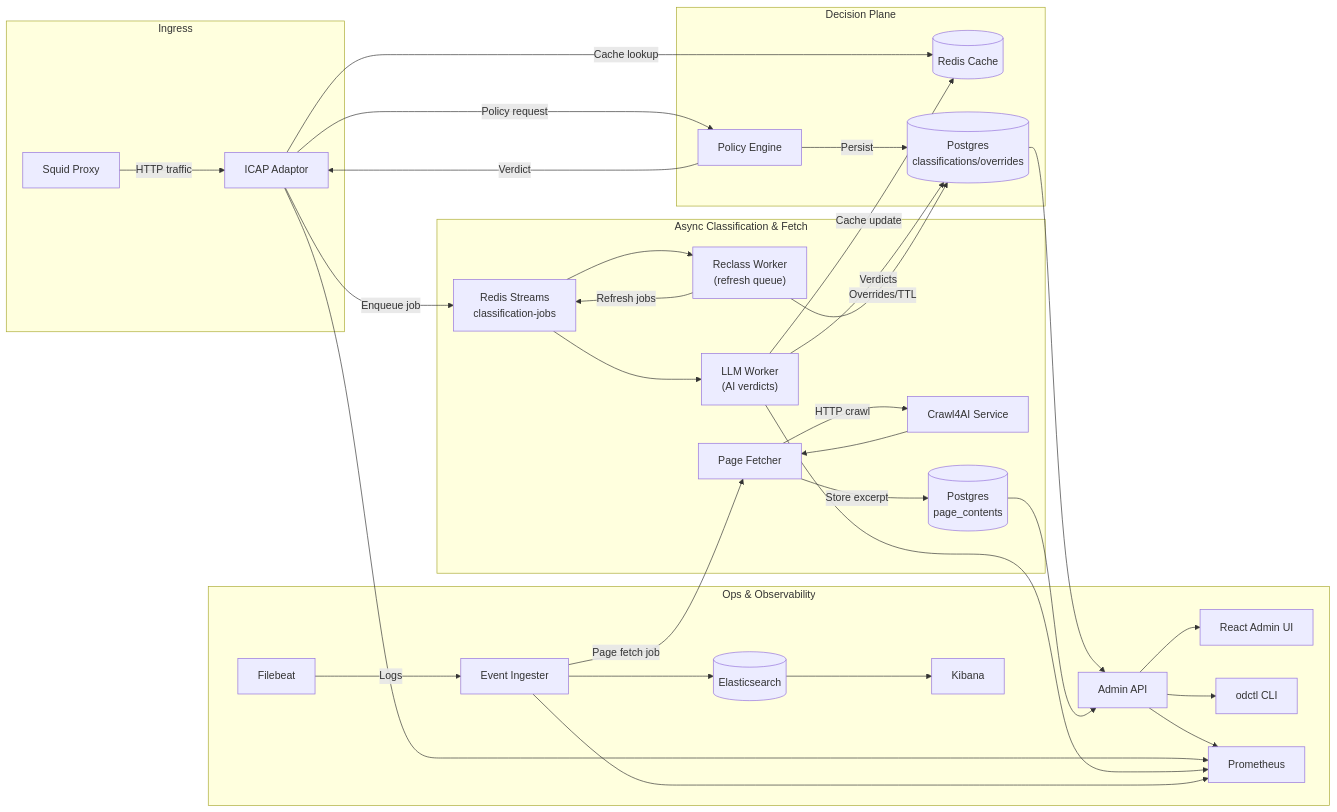
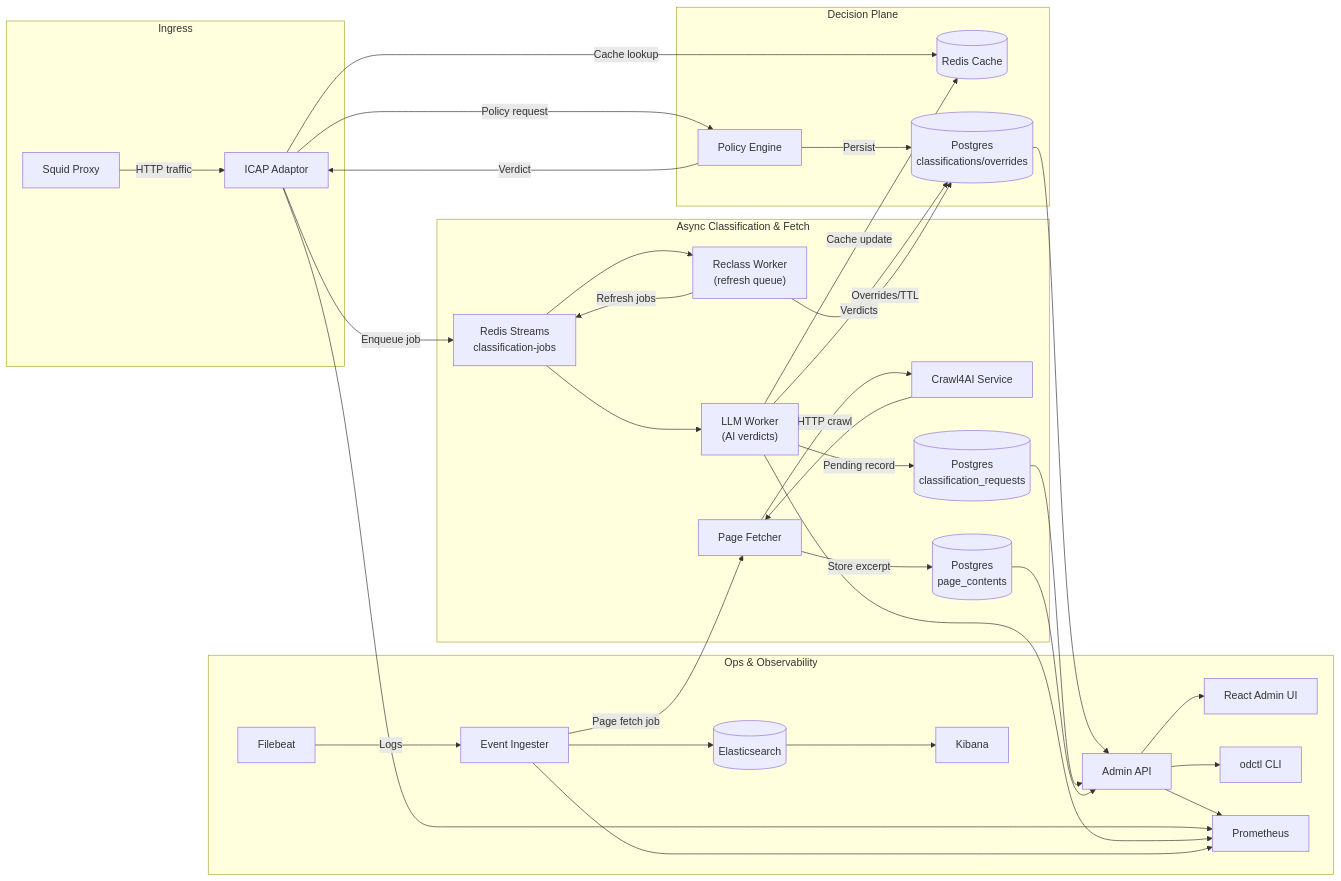
One commit to trex-fze/open-defender-icap changed the diagram in README.md. Above: the diagram before and after it, drawn with Mermaid. The commit also changed other lines of this file and 20 other files, not shown here.

````diff
--- a/README.md
+++ b/README.md
@@ -7,57 +7,60 @@
 ```mermaid
 flowchart LR
     subgraph Ingress
         SQ[Squid Proxy]
         ICAP[ICAP Adaptor]
     end
 
     subgraph Decision Plane
         PE[Policy Engine]
         Cache[(Redis Cache)]
         CLASS[(Postgres<br/>classifications/overrides)]
     end
 
     subgraph Async Classification & Fetch
         STREAM[Redis Streams<br/>classification-jobs]
         LLW["LLM Worker\n(AI verdicts)"]
         RCW["Reclass Worker\n(refresh queue)"]
         PF["Page Fetcher"]
         CRAWL[Crawl4AI Service]
         PAGE[(Postgres<br/>page_contents)]
+        PEND[(Postgres<br/>classification_requests)]
     end
 
     subgraph Ops & Observability
         AA[Admin API]
         UI[React Admin UI]
         CLI[odctl CLI]
         EI[Event Ingester]
         FB[Filebeat]
         ES[(Elasticsearch)]
         KB[Kibana]
         PR[Prometheus]
     end
 
     SQ -->|HTTP traffic| ICAP
     ICAP -->|Policy request| PE
     ICAP -->|Cache lookup| Cache
     PE -->|Verdict| ICAP
     PE -->|Persist| CLASS
     ICAP -->|Enqueue job| STREAM
     STREAM --> LLW
     STREAM --> RCW
+    LLW -->|Pending record| PEND
     LLW -->|Verdicts| CLASS
     LLW -->|Cache update| Cache
     RCW -->|Refresh jobs| STREAM
     RCW -->|Overrides/TTL| CLASS
     CLASS --> AA
+    PEND --> AA
     FB -->|Logs| EI --> ES --> KB
     EI -->|Page fetch job| PF
     PF -->|HTTP crawl| CRAWL --> PF
     PF -->|Store excerpt| PAGE --> AA
     AA --> UI
     AA --> CLI
     AA --> PR
     ICAP --> PR
     LLW --> PR
     EI --> PR
 ```
````
